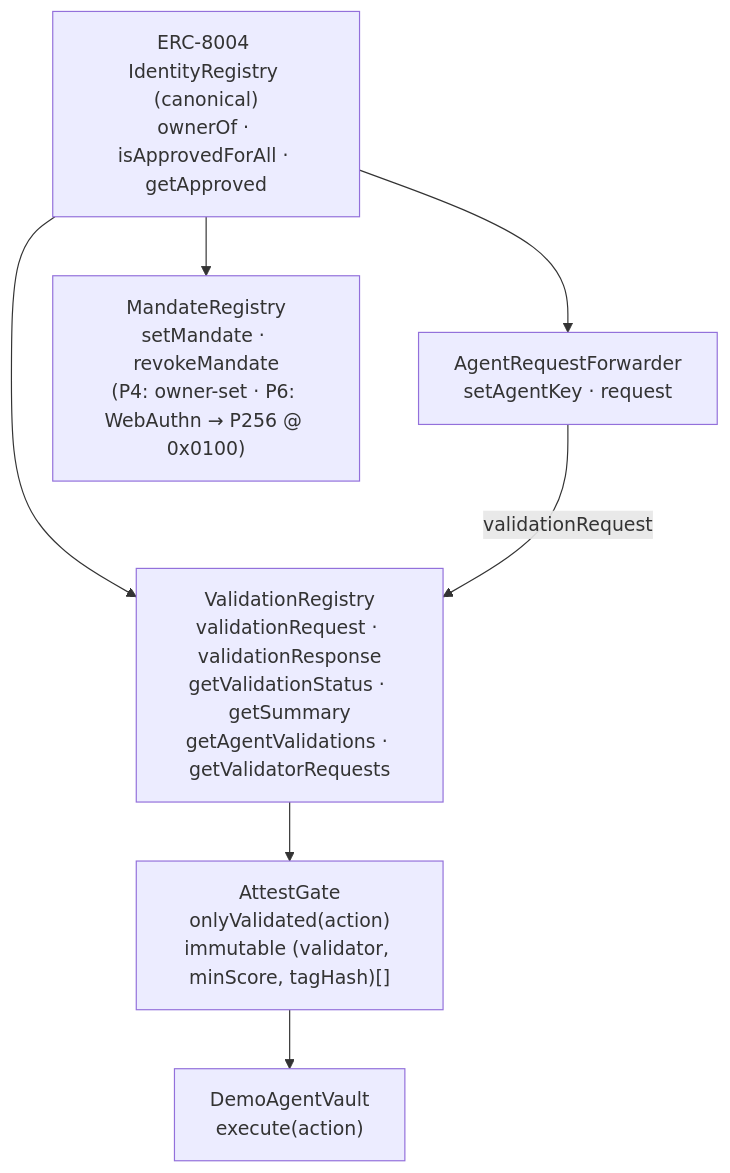
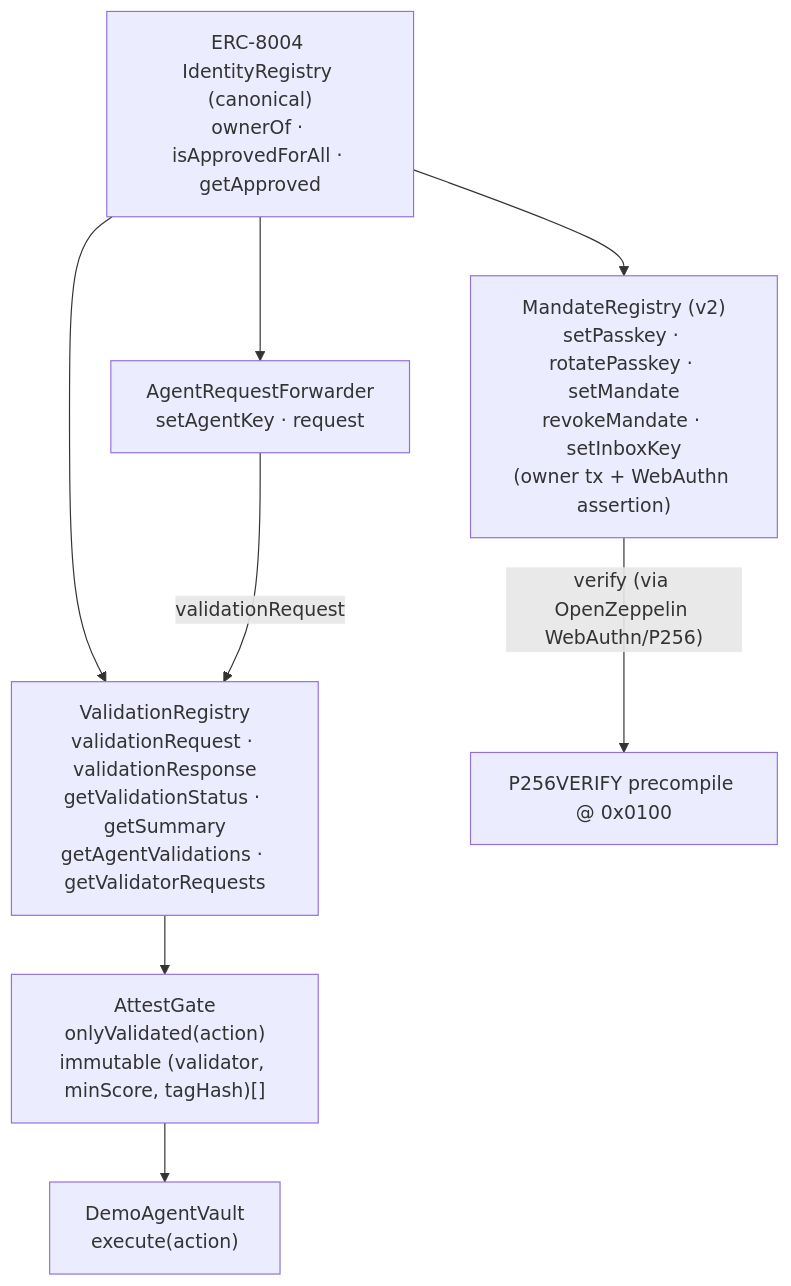
The second of 6 diagrams in ARCHITECTURE.md (AmitChowdary122/attest8004), drawn with Mermaid before and after one commit. The commit also changed other lines of this file and 13 other files, not shown here.

````diff
--- a/ARCHITECTURE.md
+++ b/ARCHITECTURE.md
@@ -93,15 +93,17 @@
 ```mermaid
 flowchart TB
   ID["ERC-8004 IdentityRegistry (canonical)<br/>ownerOf · isApprovedForAll · getApproved"]
   VR["ValidationRegistry<br/>validationRequest · validationResponse<br/>getValidationStatus · getSummary<br/>getAgentValidations · getValidatorRequests"]
   FW["AgentRequestForwarder<br/>setAgentKey · request"]
-  MR["MandateRegistry<br/>setMandate · revokeMandate<br/>(P4: owner-set · P6: WebAuthn → P256 @ 0x0100)"]
+  MR["MandateRegistry (v2)<br/>setPasskey · rotatePasskey · setMandate<br/>revokeMandate · setInboxKey<br/>(owner tx + WebAuthn assertion)"]
+  P256["P256VERIFY precompile @ 0x0100"]
   G["AttestGate<br/>onlyValidated(action)<br/>immutable (validator, minScore, tagHash)[]"]
   V["DemoAgentVault<br/>execute(action)"]
   ID --> VR
   ID --> FW
   FW -->|validationRequest| VR
   ID --> MR
+  MR -->|"verify (via OpenZeppelin WebAuthn/P256)"| P256
   VR --> G
   G --> V
 ```
````
